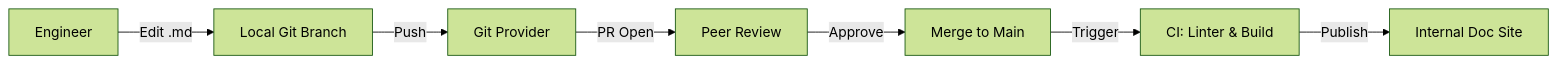
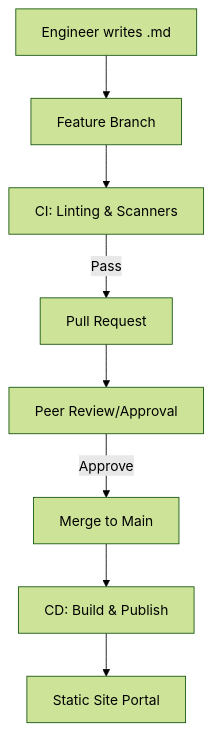
Before and after one commit to Ganil151/Devops: the diagram in 2-Intermediate/00-Runbooks-Procedures/02-Writing-Effective-SOPs/02-Docs-as-Code-Lifecycle/README.md, drawn with Mermaid (forest theme). The commit also changed other lines of this file and 73 other files, not shown here.

````diff
--- a/2-Intermediate/00-Runbooks-Procedures/02-Writing-Effective-SOPs/02-Docs-as-Code-Lifecycle/README.md
+++ b/2-Intermediate/00-Runbooks-Procedures/02-Writing-Effective-SOPs/02-Docs-as-Code-Lifecycle/README.md
@@ -21,9 +3,10 @@
 ```mermaid
-graph LR
-    Dev[Engineer] -- Edit .md --> Local[Local Git Branch]
-    Local -- Push --> GitHub[Git Provider]
-    GitHub -- PR Open --> Review[Peer Review]
-    Review -- Approve --> Merge[Merge to Main]
-    Merge -- Trigger --> CI[CI: Linter & Build]
-    CI -- Publish --> Portal[Internal Doc Site]
+graph TD
+    Write[Engineer writes .md] --> Branch[Feature Branch]
+    Branch --> CI_Check[CI: Linting & Scanners]
+    CI_Check -- Pass --> PR[Pull Request]
+    PR --> PeerReview[Peer Review/Approval]
+    PeerReview -- Approve --> Merge[Merge to Main]
+    Merge --> CD_Publish[CD: Build & Publish]
+    CD_Publish --> Web[Static Site Portal]
 ```
````
